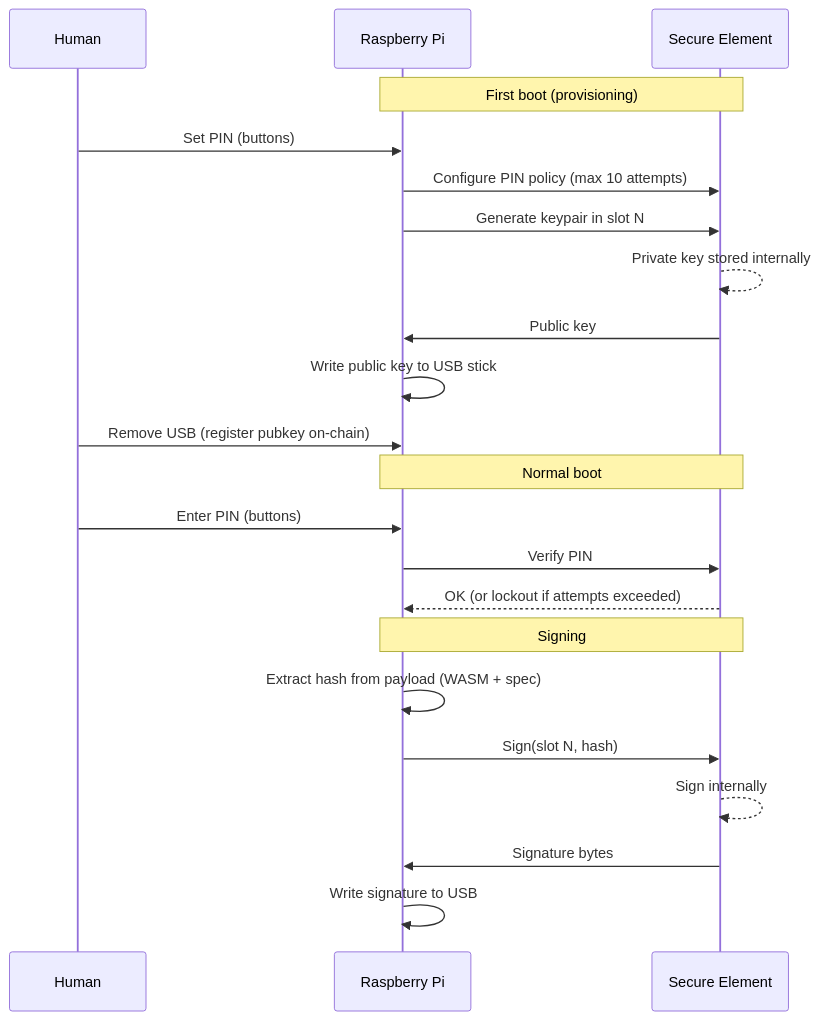
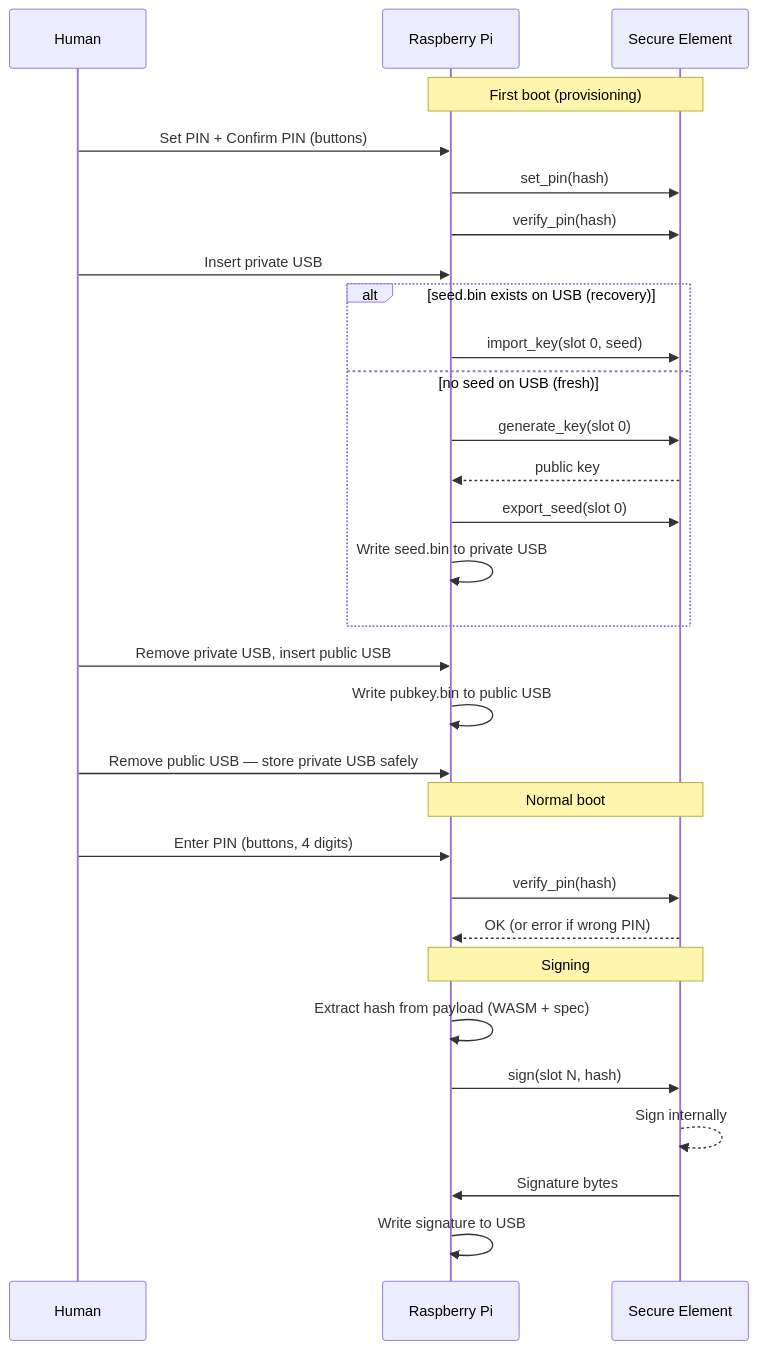
Before and after one commit to paolino/air-gap-signer: the diagram in docs/architecture/secure-element.md, drawn with Mermaid. The commit also changed other lines of this file and 13 other files, not shown here.

First line of the commit message:
feat: interactive setup flow with PIN, key generation, and dual-USB backup

````diff
--- a/docs/architecture/secure-element.md
+++ b/docs/architecture/secure-element.md
@@ -43,27 +43,35 @@
 ```mermaid
 sequenceDiagram
     participant User as Human
     participant Pi as Raspberry Pi
     participant SE as Secure Element
 
     Note over Pi,SE: First boot (provisioning)
-    User->>Pi: Set PIN (buttons)
-    Pi->>SE: Configure PIN policy (max 10 attempts)
-    Pi->>SE: Generate keypair in slot N
-    SE-->>SE: Private key stored internally
-    SE->>Pi: Public key
-    Pi->>Pi: Write public key to USB stick
-    User->>Pi: Remove USB (register pubkey on-chain)
+    User->>Pi: Set PIN + Confirm PIN (buttons)
+    Pi->>SE: set_pin(hash)
+    Pi->>SE: verify_pin(hash)
+    User->>Pi: Insert private USB
+    alt seed.bin exists on USB (recovery)
+        Pi->>SE: import_key(slot 0, seed)
+    else no seed on USB (fresh)
+        Pi->>SE: generate_key(slot 0)
+        SE-->>Pi: public key
+        Pi->>SE: export_seed(slot 0)
+        Pi->>Pi: Write seed.bin to private USB
+    end
+    User->>Pi: Remove private USB, insert public USB
+    Pi->>Pi: Write pubkey.bin to public USB
+    User->>Pi: Remove public USB — store private USB safely
 
     Note over Pi,SE: Normal boot
-    User->>Pi: Enter PIN (buttons)
-    Pi->>SE: Verify PIN
-    SE-->>Pi: OK (or lockout if attempts exceeded)
+    User->>Pi: Enter PIN (buttons, 4 digits)
+    Pi->>SE: verify_pin(hash)
+    SE-->>Pi: OK (or error if wrong PIN)
 
     Note over Pi,SE: Signing
     Pi->>Pi: Extract hash from payload (WASM + spec)
-    Pi->>SE: Sign(slot N, hash)
+    Pi->>SE: sign(slot N, hash)
     SE-->>SE: Sign internally
     SE->>Pi: Signature bytes
     Pi->>Pi: Write signature to USB
 ```
````
